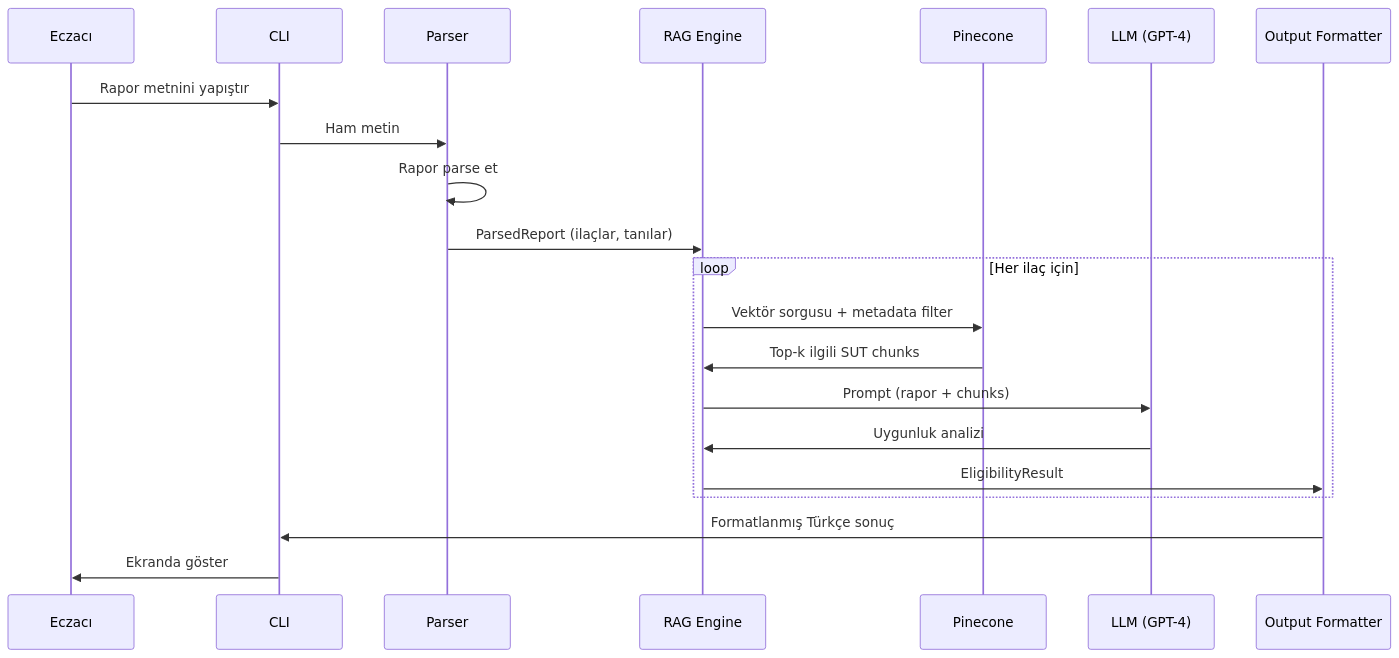
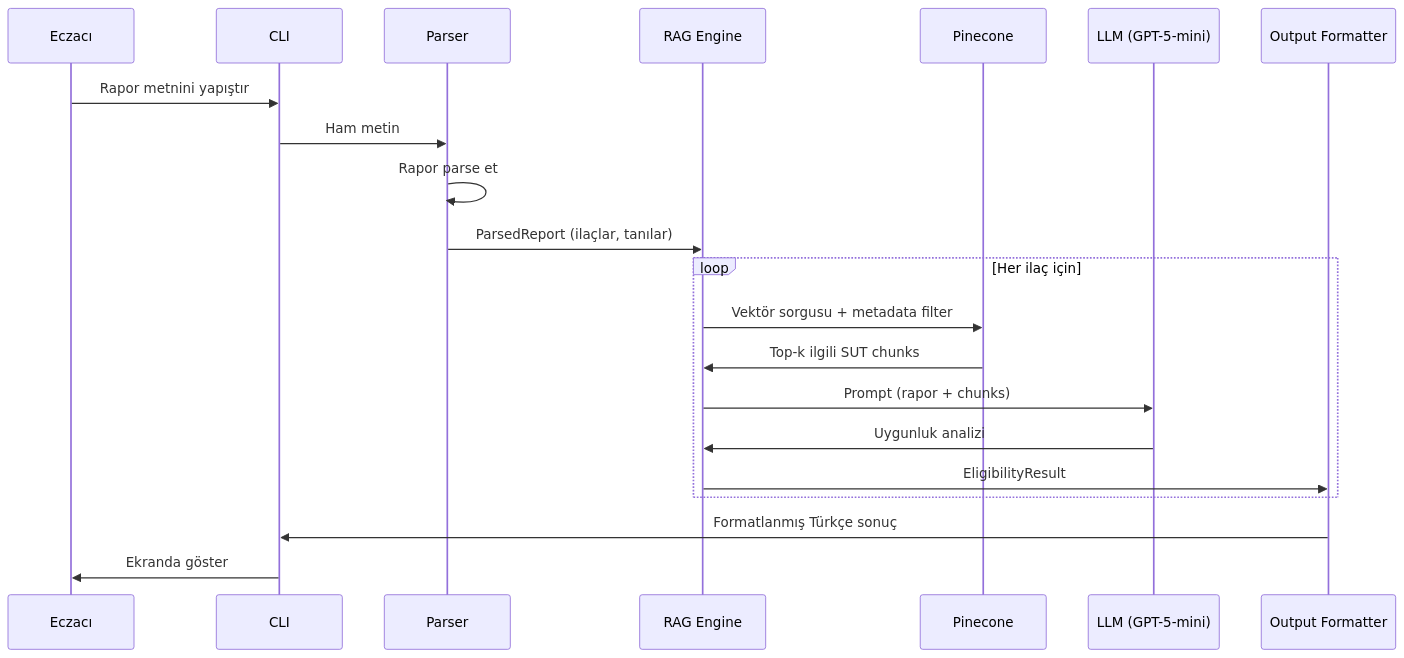
One commit to ozgurgulsoy/Pharmacy-Agent changed the second of 2 diagrams in architecture.md. Above: the diagram before and after it, drawn with Mermaid. The commit also changed other lines of this file and 17 other files, not shown here.

````diff
--- a/architecture.md
+++ b/architecture.md
@@ -321,26 +321,26 @@
 ```mermaid
 sequenceDiagram
     participant E as Eczacı
     participant C as CLI
     participant P as Parser
     participant R as RAG Engine
     participant V as Pinecone
-    participant L as LLM (GPT-4)
+    participant L as LLM (GPT-5-mini)
     participant O as Output Formatter
     
     E->>C: Rapor metnini yapıştır
     C->>P: Ham metin
     P->>P: Rapor parse et
     P->>R: ParsedReport (ilaçlar, tanılar)
     
     loop Her ilaç için
         R->>V: Vektör sorgusu + metadata filter
         V->>R: Top-k ilgili SUT chunks
         R->>L: Prompt (rapor + chunks)
         L->>R: Uygunluk analizi
         R->>O: EligibilityResult
     end
     
     O->>C: Formatlanmış Türkçe sonuç
     C->>E: Ekranda göster
 ```
````
